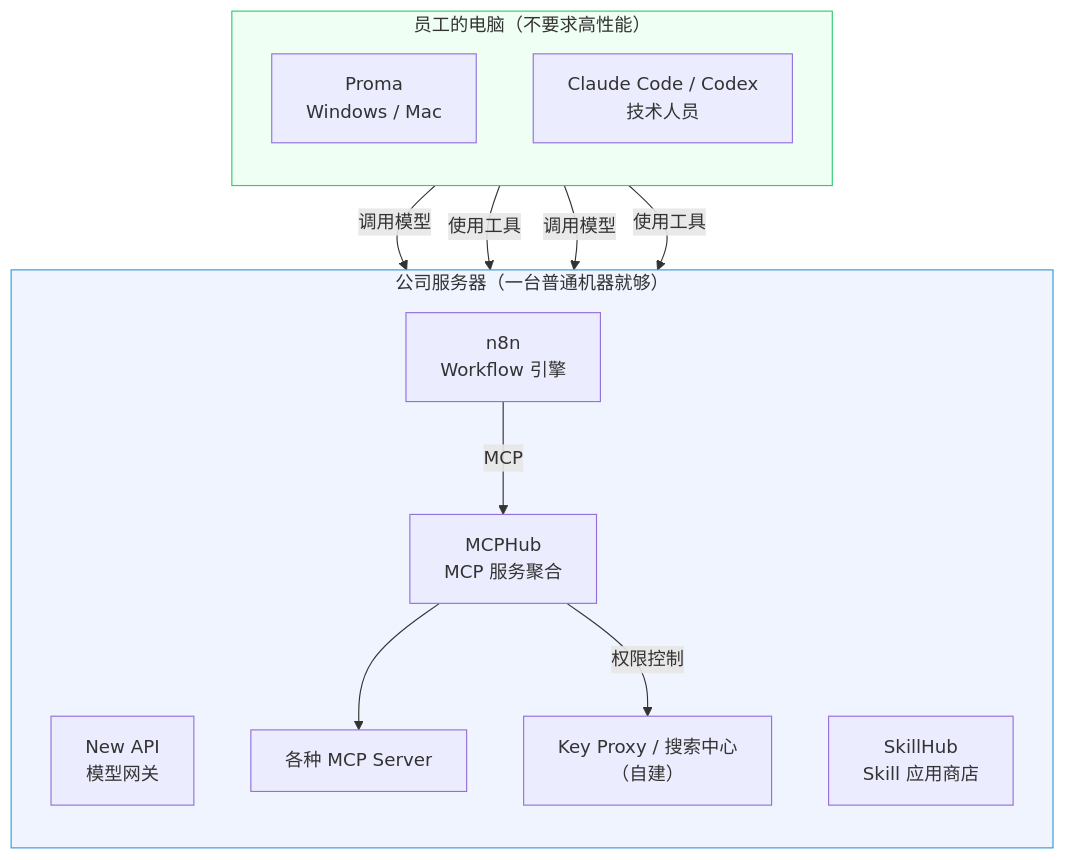
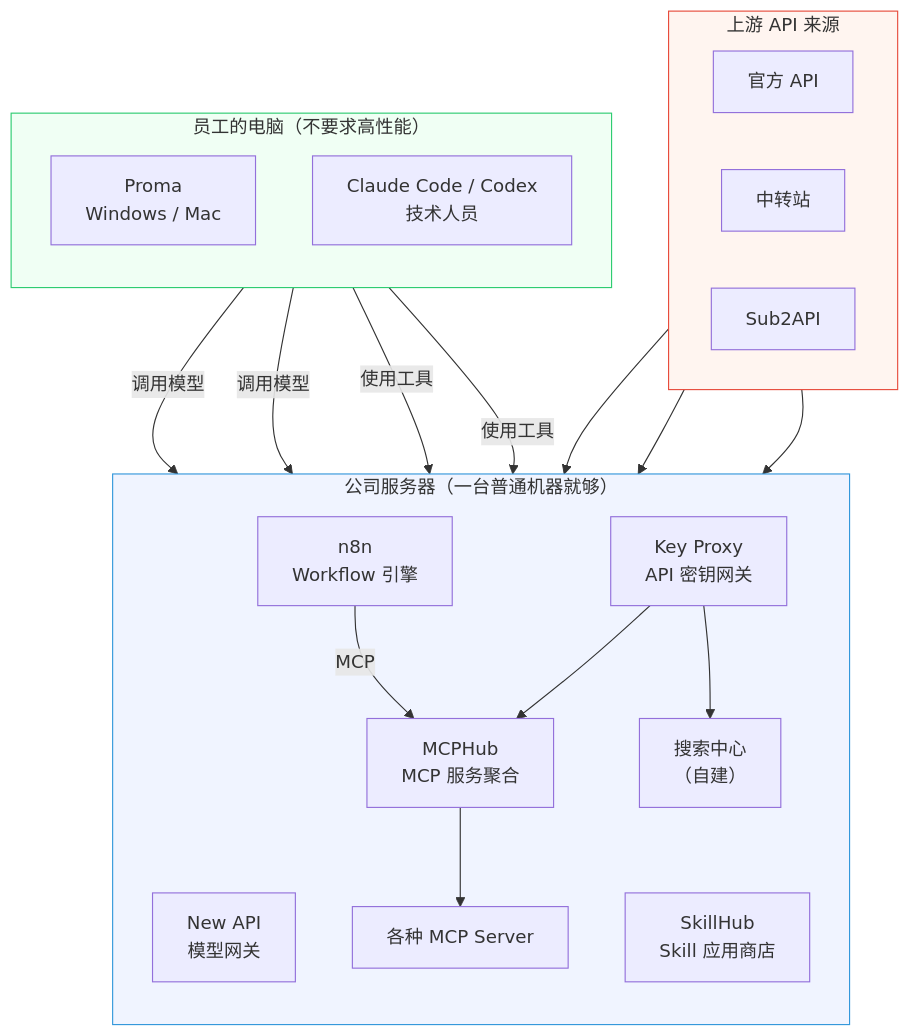
The second of 2 diagrams in content/posts/260908-smb-agent-framework/index.md (zj1123581321/zj1123581321.github.io), drawn with Mermaid before and after one commit. The commit also changed other lines of this file and 1 other file, not shown here.

Commit message:
fix: Key Proxy 截图 + 修正架构图
- 插入 Key Proxy 管理面板截图
- mermaid 架构图：New API 上游增加三类来源（官方/中转/Sub2API）
- Key Proxy 作为网关置于 MCPHub 之前，连接 MCPHub 和搜索中心

Agent-Executor: cc
Agent-Session: 34aa7eed-ce75-4ad8-9e7b-e6d6c7fc88c1
Agent-Effort: high

````diff
--- a/content/posts/260908-smb-agent-framework/index.md
+++ b/content/posts/260908-smb-agent-framework/index.md
@@ -269,29 +271,43 @@
 ```mermaid
 graph TB
+    subgraph Upstream["上游 API 来源"]
+        direction LR
+        Official["官方 API"]
+        Reseller["中转站"]
+        Sub2API["Sub2API"]
+    end
+
     subgraph Server["公司服务器（一台普通机器就够）"]
         direction TB
         NewAPI["New API<br/>模型网关"]
+        KeyProxy["Key Proxy<br/>API 密钥网关"]
         MCPHub["MCPHub<br/>MCP 服务聚合"]
         SkillHub["SkillHub<br/>Skill 应用商店"]
         N8N["n8n<br/>Workflow 引擎"]
         MCP["各种 MCP Server"]
-        Custom["Key Proxy / 搜索中心<br/>（自建）"]
+        Search["搜索中心<br/>（自建）"]
     end
 
     subgraph Client["员工的电脑（不要求高性能）"]
         direction TB
         Proma["Proma<br/>Windows / Mac"]
         CC["Claude Code / Codex<br/>技术人员"]
     end
 
+    Official --> NewAPI
+    Reseller --> NewAPI
+    Sub2API --> NewAPI
+
     Proma -->|调用模型| NewAPI
-    Proma -->|使用工具| MCPHub
     CC -->|调用模型| NewAPI
-    CC -->|使用工具| MCPHub
+    Proma -->|使用工具| KeyProxy
+    CC -->|使用工具| KeyProxy
+    KeyProxy --> MCPHub
+    KeyProxy --> Search
     MCPHub --> MCP
-    MCPHub -->|权限控制| Custom
     N8N -->|MCP| MCPHub
 
+    style Upstream fill:#fff5f0,stroke:#e74c3c
     style Server fill:#f0f4ff,stroke:#3498db
     style Client fill:#f0fff4,stroke:#2ecc71
 ```
````
